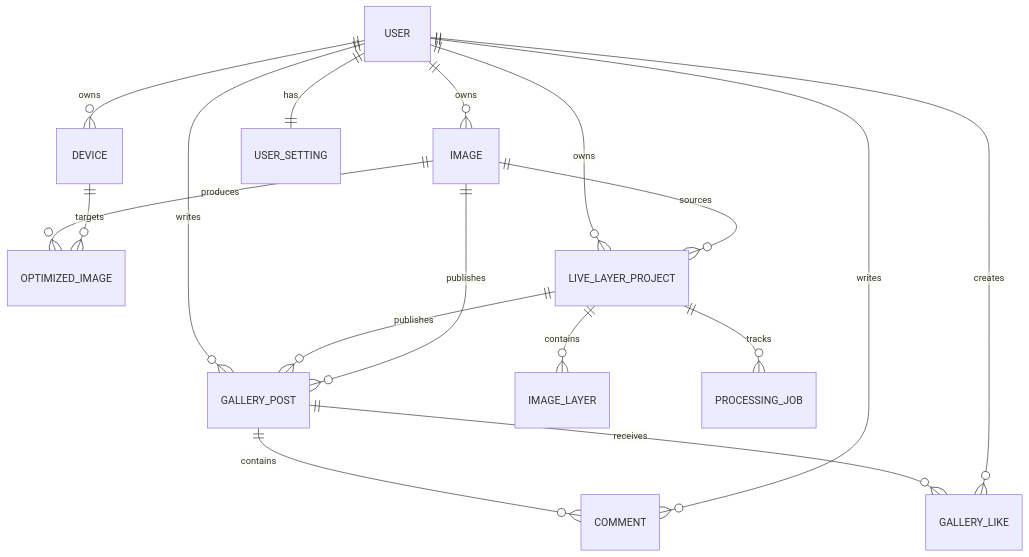
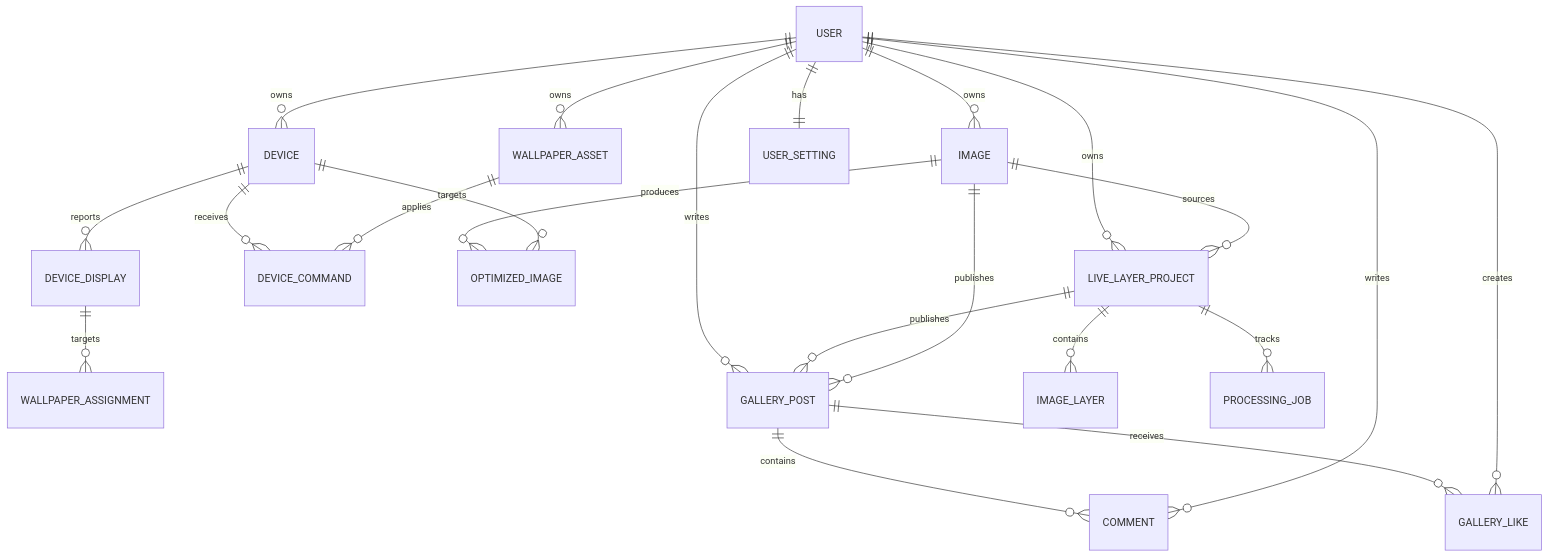
The diagram in docs/architecture.md (foxri0403/Upscale-Lab), drawn with Mermaid before and after one commit. The commit also changed other lines of this file and 60 other files, not shown here.

````diff
--- a/docs/architecture.md
+++ b/docs/architecture.md
@@ -13,19 +13,24 @@
 ```mermaid
 erDiagram
     USER ||--o{ DEVICE : owns
+    DEVICE ||--o{ DEVICE_DISPLAY : reports
+    DEVICE_DISPLAY ||--o{ WALLPAPER_ASSIGNMENT : targets
+    DEVICE ||--o{ DEVICE_COMMAND : receives
+    USER ||--o{ WALLPAPER_ASSET : owns
+    WALLPAPER_ASSET ||--o{ DEVICE_COMMAND : applies
     USER ||--o{ IMAGE : owns
     USER ||--|| USER_SETTING : has
     IMAGE ||--o{ OPTIMIZED_IMAGE : produces
     DEVICE ||--o{ OPTIMIZED_IMAGE : targets
     USER ||--o{ GALLERY_POST : writes
     USER ||--o{ LIVE_LAYER_PROJECT : owns
     IMAGE ||--o{ LIVE_LAYER_PROJECT : sources
     LIVE_LAYER_PROJECT ||--o{ IMAGE_LAYER : contains
     LIVE_LAYER_PROJECT ||--o{ PROCESSING_JOB : tracks
     LIVE_LAYER_PROJECT ||--o{ GALLERY_POST : publishes
     IMAGE ||--o{ GALLERY_POST : publishes
     GALLERY_POST ||--o{ COMMENT : contains
     USER ||--o{ COMMENT : writes
     GALLERY_POST ||--o{ GALLERY_LIKE : receives
     USER ||--o{ GALLERY_LIKE : creates
 ```
````
